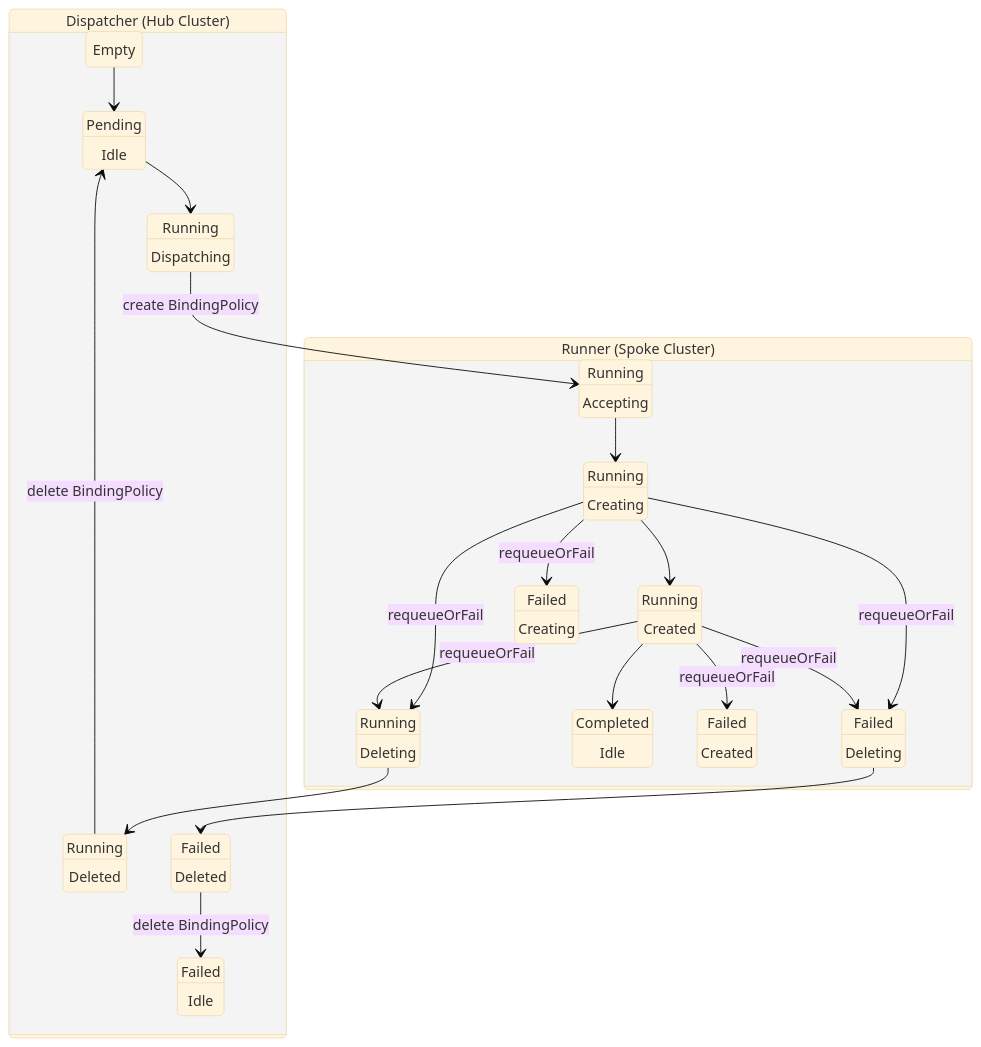
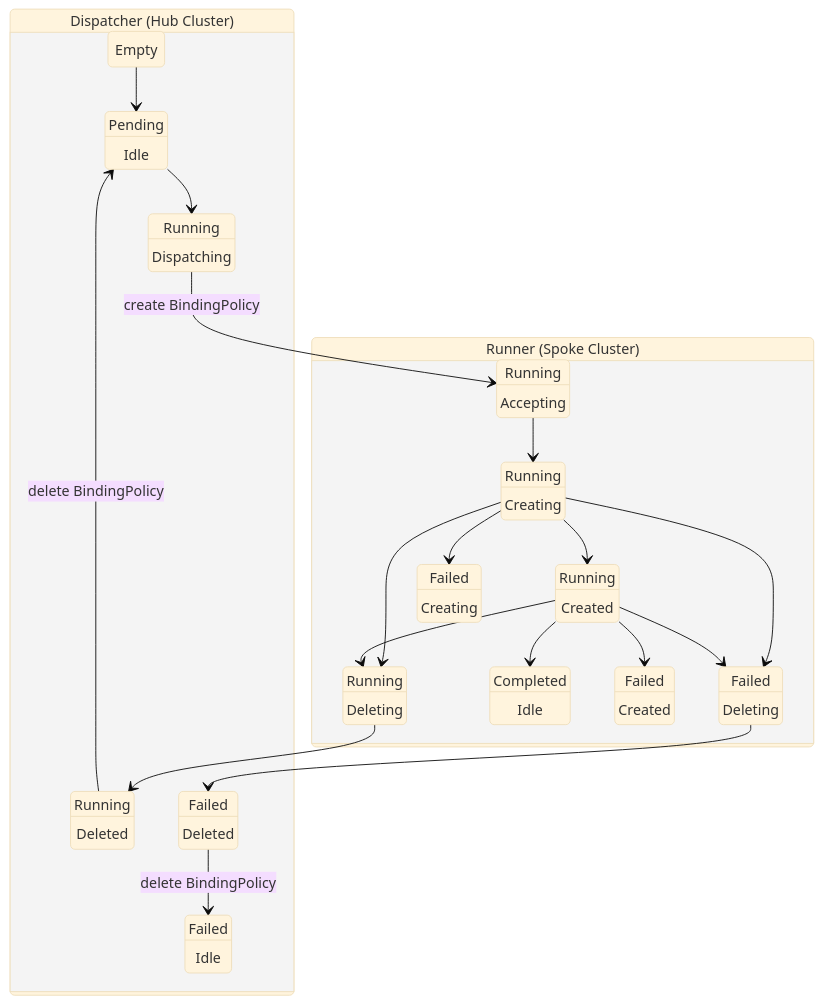
The diagram in docs/mc-state-diagram.md (project-codeflare/mcad), drawn with Mermaid (base theme) before and after one commit.

Commit message:
drop requeueOrFail labsls

````diff
--- a/docs/mc-state-diagram.md
+++ b/docs/mc-state-diagram.md
@@ -14,63 +14,63 @@
 ```mermaid
 stateDiagram-v2
     %% Empty
     e : Empty
 
     %% Queued
     qi : Pending
     qi : Idle
 
     %% Running
     ri : Running
     ri : Dispatching
     ra : Running
     ra : Accepting
     rc : Running
     rc : Creating
     rcd : Running
     rcd : Created
     rd : Running
     rd : Deleting
     rf : Running
     rf : Deleted
 
     %% Succeeded
     si : Completed
     si : Idle
 
     %% Failed
     fc : Failed
     fc : Creating
     fcd : Failed
     fcd : Created
     fd : Failed
     fd : Deleting
     ff : Failed
     ff : Deleted
     fi: Failed
     fi : Idle
 
     Dispatcher : Dispatcher (Hub Cluster)
     state Dispatcher  {
         e --> qi
         qi --> ri
         ri --> ra : create BindingPolicy
         rd --> rf
         rf --> qi : delete BindingPolicy
         fd --> ff
         ff --> fi : delete BindingPolicy
     }
 
     Runner : Runner (Spoke Cluster)
     state Runner {
         ra --> rc
         rc --> rcd
         rcd --> si
-        rc --> rd : requeueOrFail
-        rcd --> rd : requeueOrFail
-        rc --> fc : requeueOrFail
-        rc --> fd : requeueOrFail
-        rcd --> fcd : requeueOrFail
-        rcd --> fd : requeueOrFail
+        rc --> rd
+        rcd --> rd
+        rc --> fc
+        rc --> fd
+        rcd --> fcd
+        rcd --> fd
     }
 ```
````
